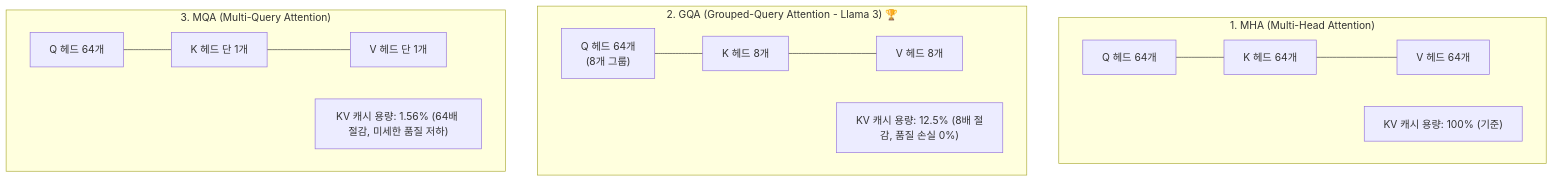
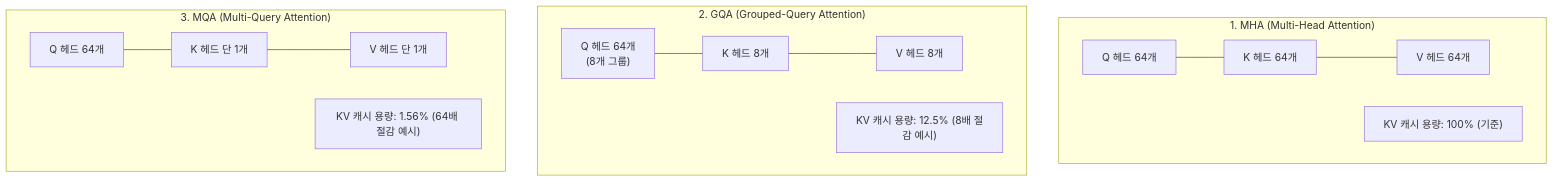
Before and after one commit to sing-u8/AI-Engineering: the second of 4 diagrams in chapter-qa/ch09-inference-optimization-qa/02-kv-cache-flashattention-and-batching.md, drawn with Mermaid. The commit also changed other lines of this file and 3 other files, not shown here.

````diff
--- a/chapter-qa/ch09-inference-optimization-qa/02-kv-cache-flashattention-and-batching.md
+++ b/chapter-qa/ch09-inference-optimization-qa/02-kv-cache-flashattention-and-batching.md
@@ -81,15 +82,15 @@
 ```mermaid
 flowchart TD
     subgraph MHA["1. MHA (Multi-Head Attention)"]
         Q1["Q 헤드 64개"] --- K1["K 헤드 64개"] --- V1["V 헤드 64개"]
         M1["KV 캐시 용량: 100% (기준)"]
     end
-    subgraph GQA["2. GQA (Grouped-Query Attention - Llama 3) 🏆"]
+    subgraph GQA["2. GQA (Grouped-Query Attention)"]
         Q2["Q 헤드 64개\n(8개 그룹)"] --- K2["K 헤드 8개"] --- V2["V 헤드 8개"]
-        M2["KV 캐시 용량: 12.5% (8배 절감, 품질 손실 0%)"]
+        M2["KV 캐시 용량: 12.5% (8배 절감 예시)"]
     end
     subgraph MQA["3. MQA (Multi-Query Attention)"]
         Q3["Q 헤드 64개"] --- K3["K 헤드 단 1개"] --- V3["V 헤드 단 1개"]
-        M3["KV 캐시 용량: 1.56% (64배 절감, 미세한 품질 저하)"]
+        M3["KV 캐시 용량: 1.56% (64배 절감 예시)"]
     end
 ```
````
